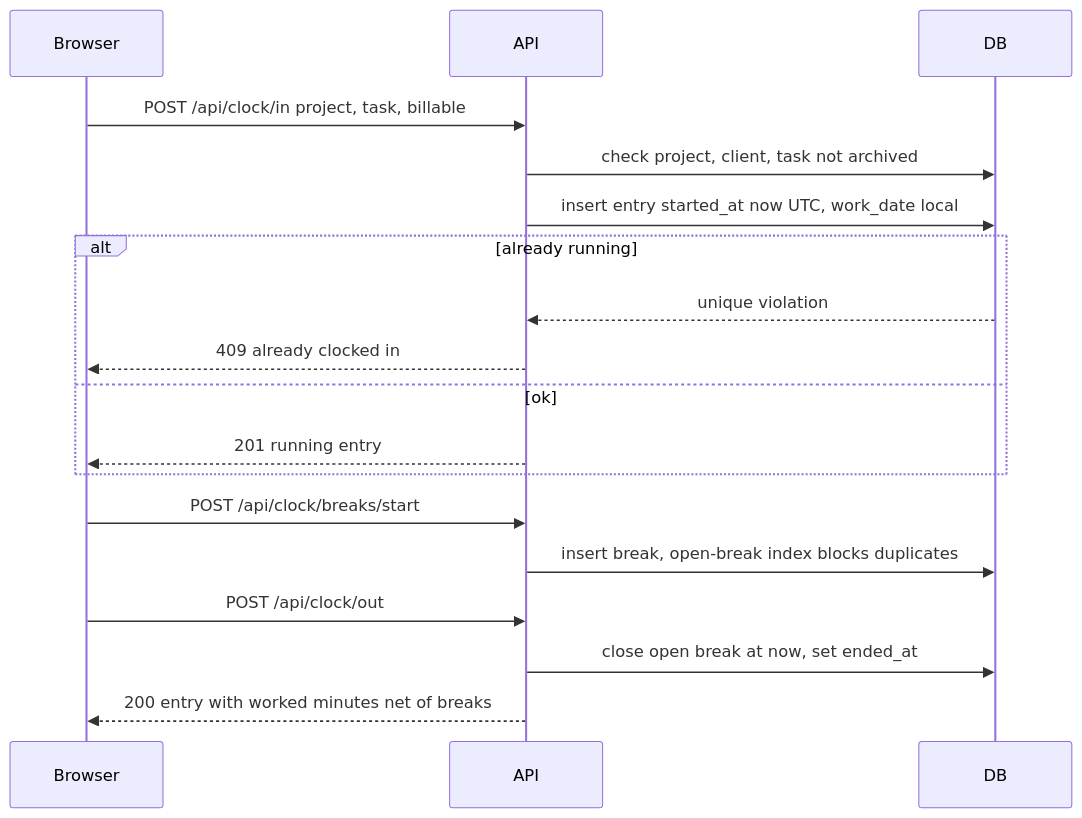
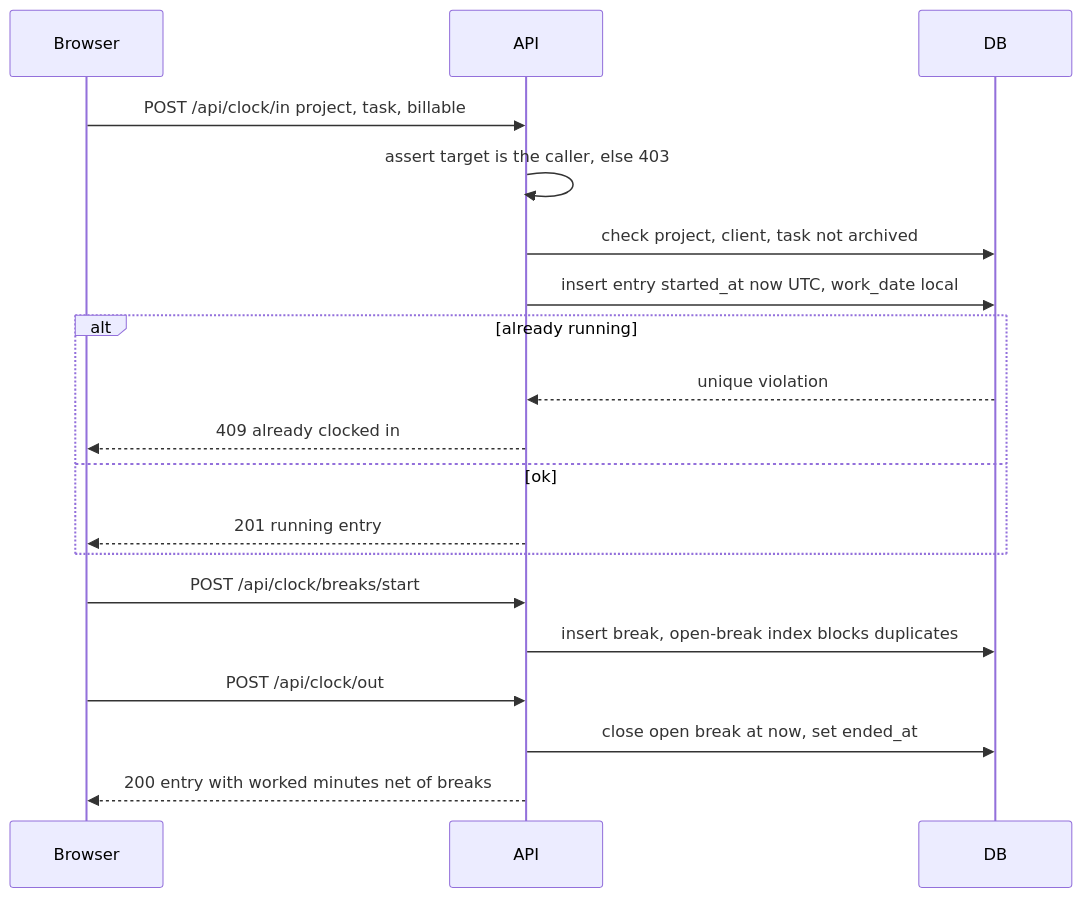
Before and after one commit to pavands20/timetrack-pro-v1: the fourth of 7 diagrams in docs/sdlc/architecture/README.md, drawn with Mermaid. The commit also changed other lines of this file and 12 other files, not shown here.

````diff
--- a/docs/sdlc/architecture/README.md
+++ b/docs/sdlc/architecture/README.md
@@ -538,20 +677,21 @@
 ```mermaid
 sequenceDiagram
   participant U as Browser
   participant A as API
   participant D as DB
   U->>A: POST /api/clock/in project, task, billable
+  A->>A: assert target is the caller, else 403
   A->>D: check project, client, task not archived
   A->>D: insert entry started_at now UTC, work_date local
   alt already running
     D-->>A: unique violation
     A-->>U: 409 already clocked in
   else ok
     A-->>U: 201 running entry
   end
   U->>A: POST /api/clock/breaks/start
   A->>D: insert break, open-break index blocks duplicates
   U->>A: POST /api/clock/out
   A->>D: close open break at now, set ended_at
   A-->>U: 200 entry with worked minutes net of breaks
 ```
````
